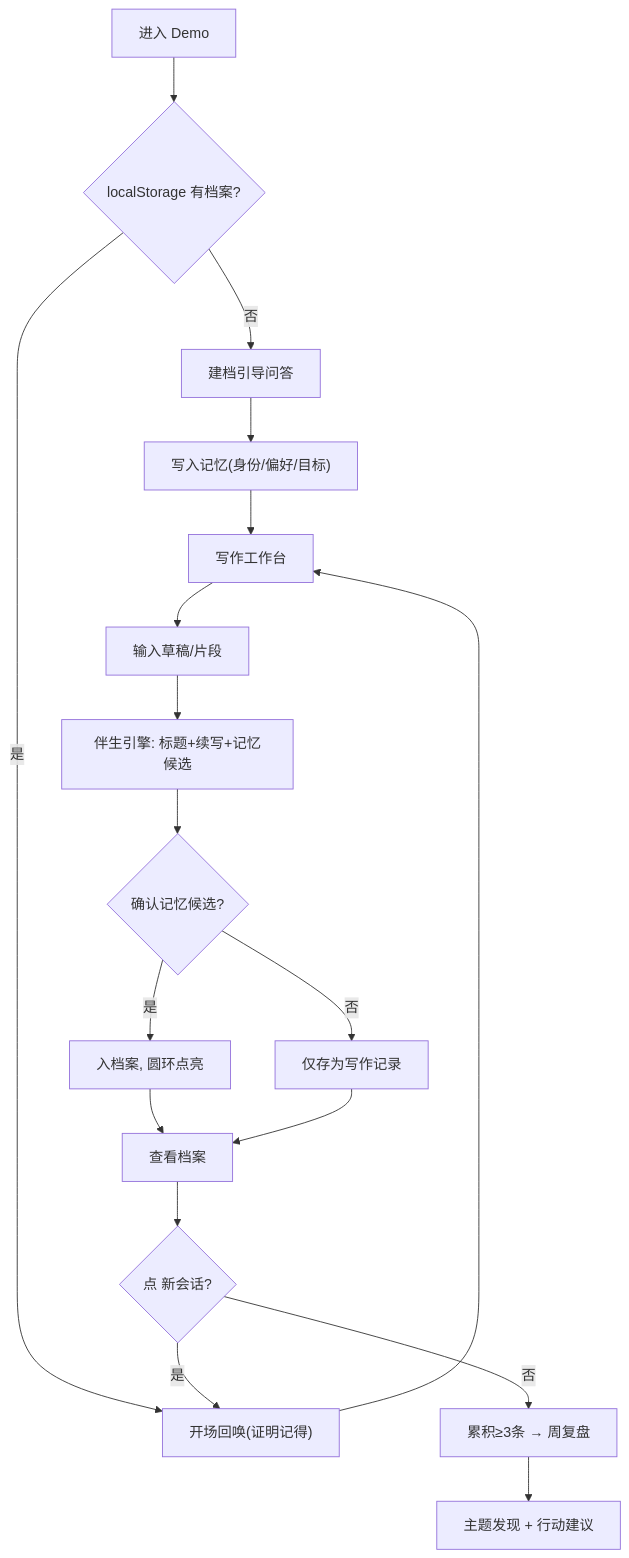
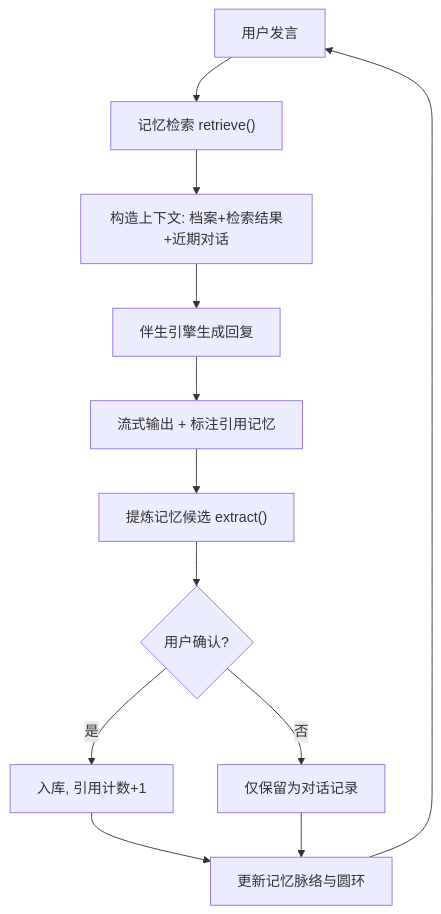
Before and after one commit to Yivxer/Archer: the diagram in .trae/documents/prd.md, drawn with Mermaid. The commit also changed other lines of this file and 2 other files, not shown here.

````diff
--- a/.trae/documents/prd.md
+++ b/.trae/documents/prd.md
@@ -50,20 +48,14 @@
 ```mermaid
 flowchart TD
-    A["进入 Demo"] --> B{"localStorage 有档案?"}
-    B -- 否 --> C["建档引导问答"]
-    C --> D["写入记忆(身份/偏好/目标)"]
-    B -- 是 --> E["开场回唤(证明记得)"]
-    D --> F["写作工作台"]
-    E --> F
-    F --> G["输入草稿/片段"]
-    G --> H["伴生引擎: 标题+续写+记忆候选"]
-    H --> I{"确认记忆候选?"}
-    I -- 是 --> J["入档案, 圆环点亮"]
-    I -- 否 --> K["仅存为写作记录"]
-    J --> L["查看档案"]
-    K --> L
-    L --> M{"点 新会话?"}
-    M -- 是 --> E
-    M -- 否 --> N["累积≥3条 → 周复盘"]
-    N --> O["主题发现 + 行动建议"]
+    A["用户发言"] --> B["记忆检索 retrieve()"]
+    B --> C["构造上下文: 档案+检索结果+近期对话"]
+    C --> D["伴生引擎生成回复"]
+    D --> E["流式输出 + 标注引用记忆"]
+    E --> F["提炼记忆候选 extract()"]
+    F --> G{"用户确认?"}
+    G -- 是 --> H["入库, 引用计数+1"]
+    G -- 否 --> I["仅保留为对话记录"]
+    H --> J["更新记忆脉络与圆环"]
+    I --> J
+    J --> A
 ```
````
